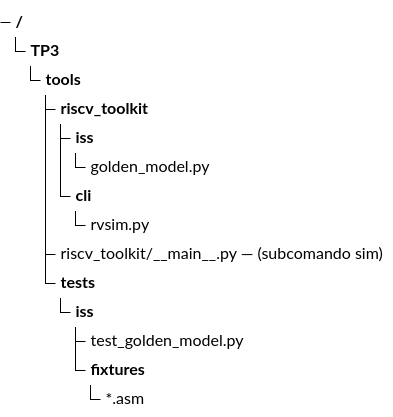
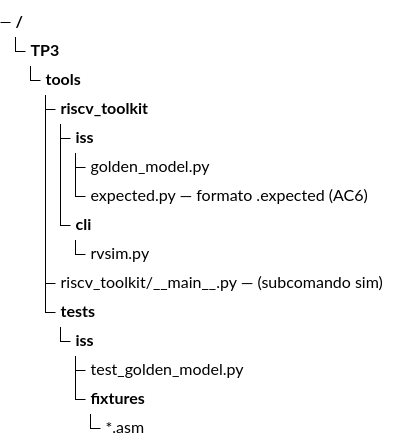
One commit to nicopinera/tps-arqui changed the tenth of 47 diagrams in docs/PRD-pipeline-riscv.md. Above: the diagram before and after it, drawn with Mermaid.

Commit message:
Agregar descripción del archivo expected.py en la documentación del modelo dorado

````diff
--- a/docs/PRD-pipeline-riscv.md
+++ b/docs/PRD-pipeline-riscv.md
@@ -823,16 +823,17 @@
 ```mermaid
 treeView-beta
     "TP3/"
         "tools/"
             "riscv_toolkit/"
                 "iss/"
                     "golden_model.py"
+                    "expected.py — formato .expected (AC6)"
                 "cli/"
                     "rvsim.py"
             "riscv_toolkit/__main__.py — (subcomando sim)"
             "tests/"
                 "iss/"
                     "test_golden_model.py"
                     "fixtures/"
                         "*.asm"
 ```
````
